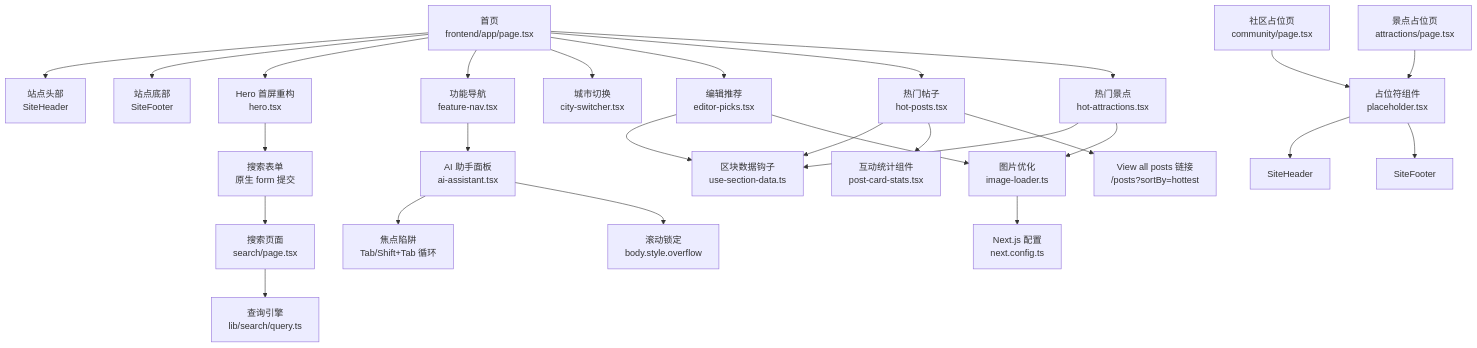
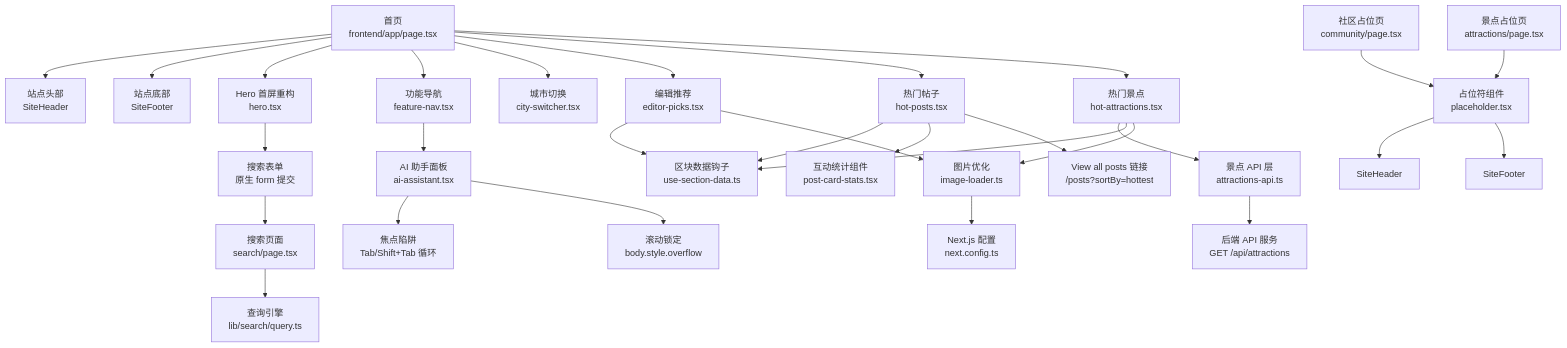
Before and after one commit to luyitiger6/my-first-project: the first of 19 diagrams in .qoder/repowiki/zh/content/规格驱动开发/WanderChain 首页规格文档/WanderChain 首页规格文档.md, drawn with Mermaid. The commit also changed other lines of this file and 36 other files, not shown here.

````diff
--- a/.qoder/repowiki/zh/content/规格驱动开发/WanderChain 首页规格文档/WanderChain 首页规格文档.md
+++ b/.qoder/repowiki/zh/content/规格驱动开发/WanderChain 首页规格文档/WanderChain 首页规格文档.md
@@ -88,29 +100,31 @@
 ```mermaid
 graph TB
 Home["首页<br/>frontend/app/page.tsx"] --> Header["站点头部<br/>SiteHeader"]
 Home --> Footer["站点底部<br/>SiteFooter"]
 Home --> Hero["Hero 首屏重构<br/>hero.tsx"]
 Home --> FeatureNav["功能导航<br/>feature-nav.tsx"]
 Home --> CitySwitcher["城市切换<br/>city-switcher.tsx"]
 Home --> EditorPicks["编辑推荐<br/>editor-picks.tsx"]
 Home --> HotPosts["热门帖子<br/>hot-posts.tsx"]
 Home --> HotAttractions["热门景点<br/>hot-attractions.tsx"]
 FeatureNav --> AiAssistant["AI 助手面板<br/>ai-assistant.tsx"]
 EditorPicks --> UseSection["区块数据钩子<br/>use-section-data.ts"]
 HotPosts --> UseSection
 HotPosts --> PostCardStats["互动统计组件<br/>post-card-stats.tsx"]
+HotAttractions --> AttractionsAPI["景点 API 层<br/>attractions-api.ts"]
 HotAttractions --> UseSection
 AiAssistant --> FocusTrap["焦点陷阱<br/>Tab/Shift+Tab 循环"]
 AiAssistant --> ScrollLock["滚动锁定<br/>body.style.overflow"]
 EditorPicks --> ImageOptimization["图片优化<br/>image-loader.ts"]
 HotAttractions --> ImageOptimization
 ImageOptimization --> NextConfig["Next.js 配置<br/>next.config.ts"]
 Hero --> SearchForm["搜索表单<br/>原生 form 提交"]
 SearchForm --> SearchPage["搜索页面<br/>search/page.tsx"]
 SearchPage --> QueryEngine["查询引擎<br/>lib/search/query.ts"]
 CommunityPage["社区占位页<br/>community/page.tsx"] --> Placeholder["占位符组件<br/>placeholder.tsx"]
 AttractionsPage["景点占位页<br/>attractions/page.tsx"] --> Placeholder
 Placeholder --> SiteHeader
 Placeholder --> SiteFooter
 HotPosts --> ViewAllLink["View all posts 链接<br/>/posts?sortBy=hottest"]
+AttractionsAPI --> Backend["后端 API 服务<br/>GET /api/attractions"]
 ```
````
